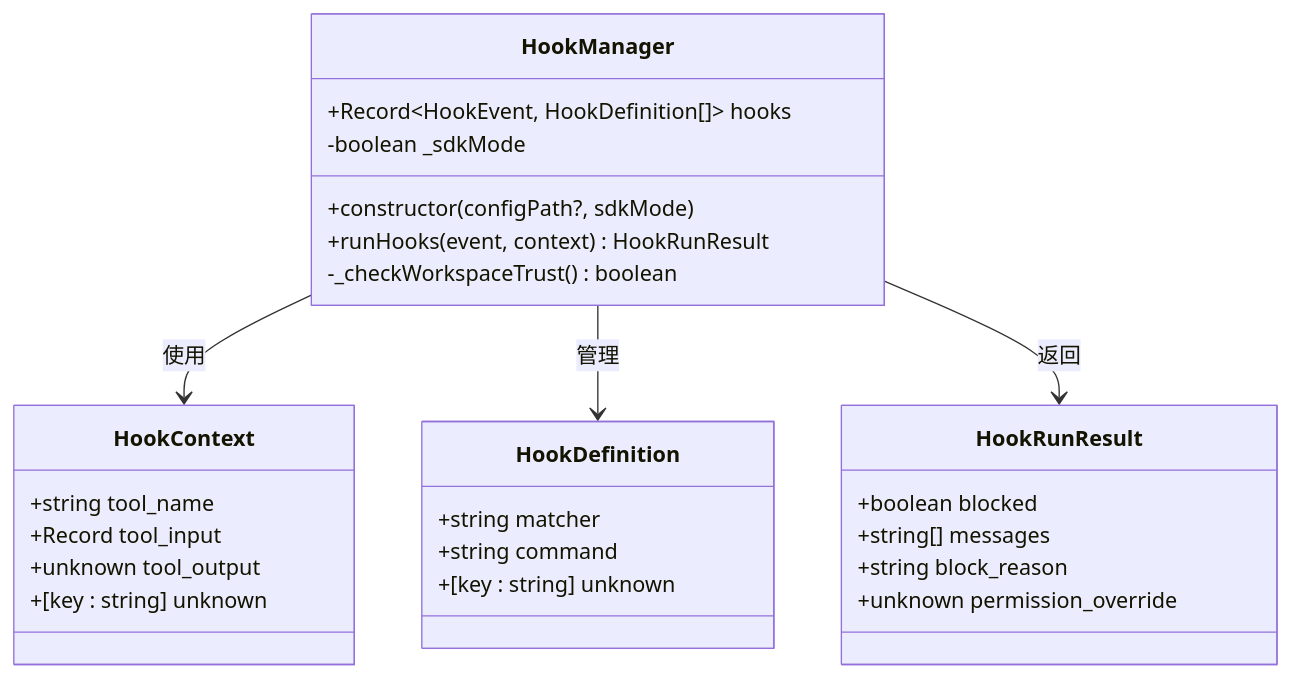
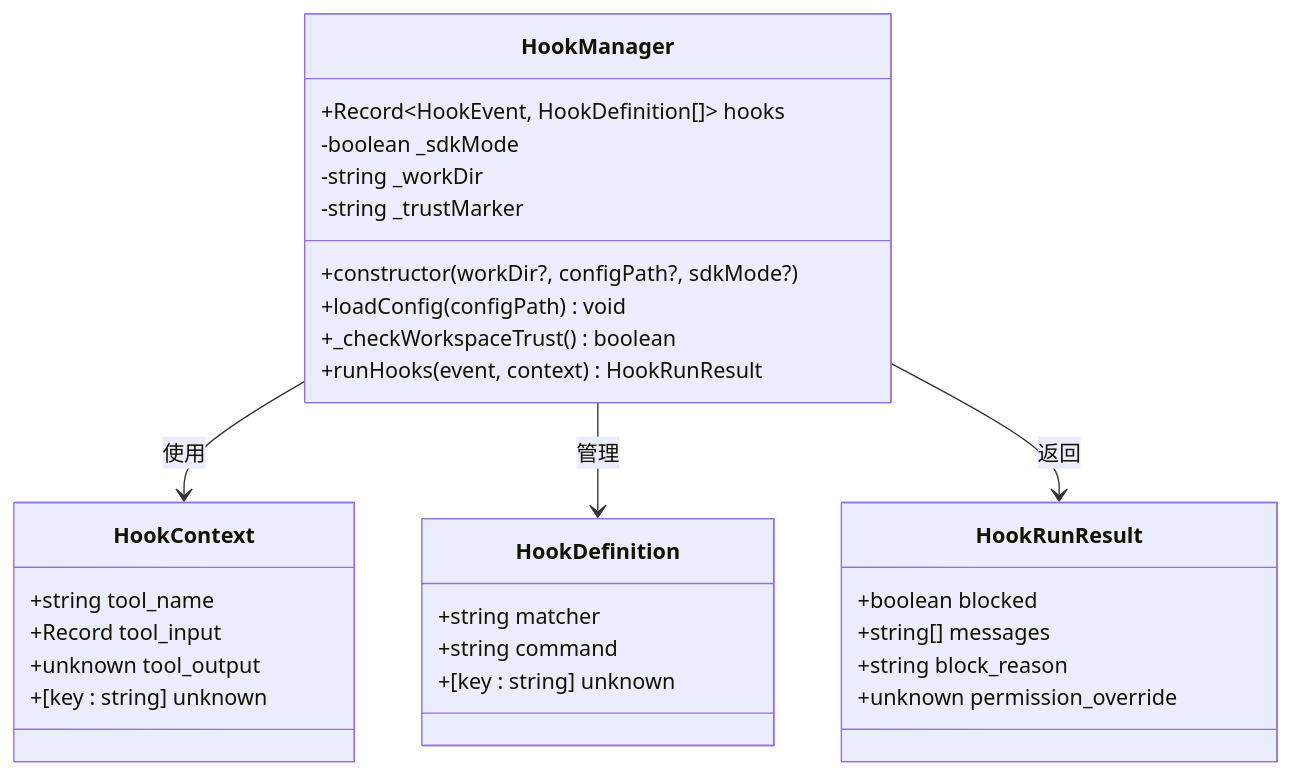
Before and after one commit to eurekaYYzero/Mini-Claude-Code: the third of 9 diagrams in .qoder/repowiki/zh/content/核心功能详解/钩子系统.md, drawn with Mermaid. The commit also changed other lines of this file and 27 other files, not shown here.

````diff
--- a/.qoder/repowiki/zh/content/核心功能详解/钩子系统.md
+++ b/.qoder/repowiki/zh/content/核心功能详解/钩子系统.md
@@ -146,30 +178,33 @@
 ```mermaid
 classDiagram
 class HookManager {
 +Record~HookEvent, HookDefinition[]~ hooks
 -boolean _sdkMode
-+constructor(configPath?, sdkMode)
+-string _workDir
+-string _trustMarker
++constructor(workDir?, configPath?, sdkMode?)
++loadConfig(configPath) void
++_checkWorkspaceTrust() boolean
 +runHooks(event, context) HookRunResult
--_checkWorkspaceTrust() boolean
 }
 class HookContext {
 +string tool_name
 +Record tool_input
 +unknown tool_output
 +[key : string] unknown
 }
 class HookDefinition {
 +string matcher
 +string command
 +[key : string] unknown
 }
 class HookRunResult {
 +boolean blocked
 +string[] messages
 +string block_reason
 +unknown permission_override
 }
 HookManager --> HookContext : 使用
 HookManager --> HookDefinition : 管理
 HookManager --> HookRunResult : 返回
 ```
````
